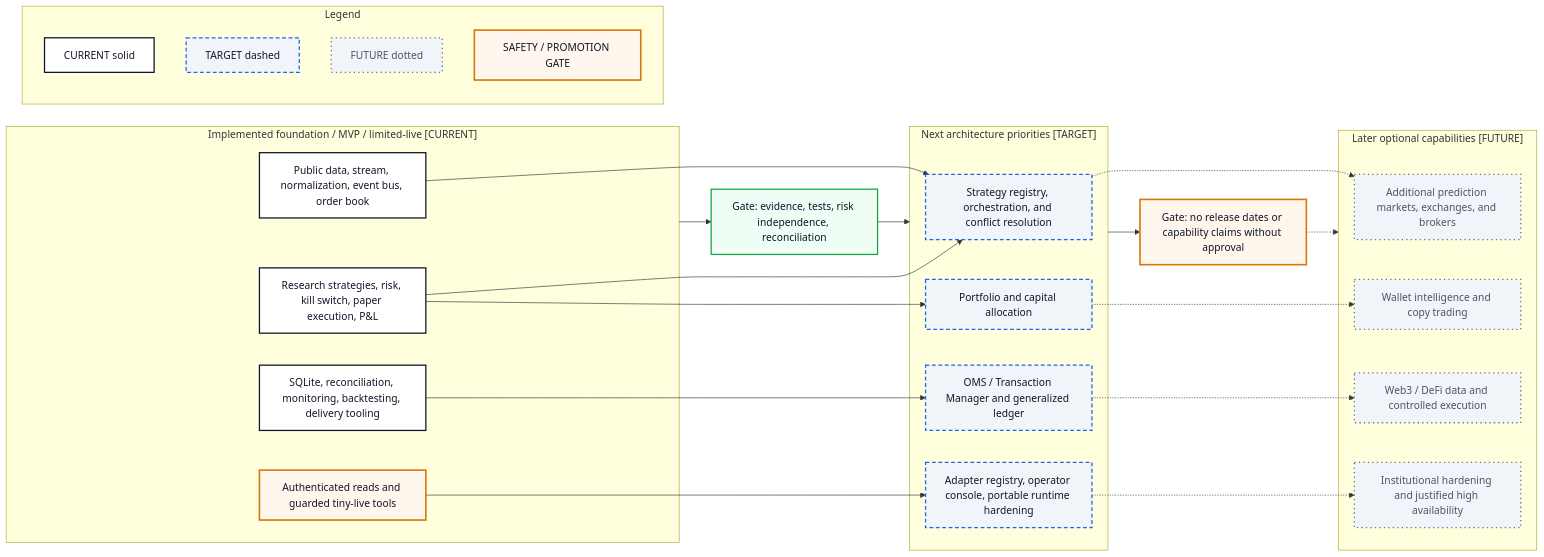
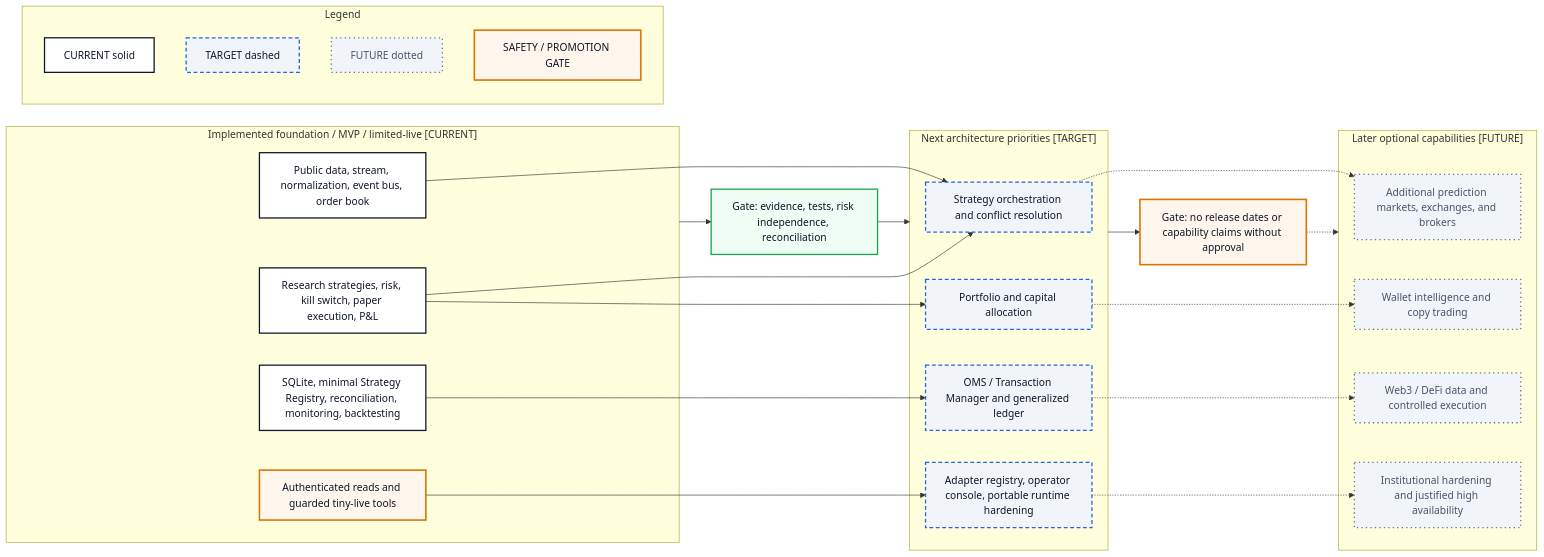
One commit to PolySia-Systems/Platform changed the diagram in docs/04-architecture/visual-system/views/18-capability-roadmap.md. Above: the diagram before and after it, drawn with Mermaid. The commit also changed other lines of this file and 21 other files, not shown here.

````diff
--- a/docs/04-architecture/visual-system/views/18-capability-roadmap.md
+++ b/docs/04-architecture/visual-system/views/18-capability-roadmap.md
@@ -14,53 +14,53 @@
 ```mermaid
 flowchart LR
   subgraph NOW["Implemented foundation / MVP / limited-live [CURRENT]"]
     N1["Public data, stream, normalization, event bus, order book"]:::current
     N2["Research strategies, risk, kill switch, paper execution, P&L"]:::current
-    N3["SQLite, reconciliation, monitoring, backtesting, delivery tooling"]:::current
+    N3["SQLite, minimal Strategy Registry, reconciliation, monitoring, backtesting"]:::current
     N4["Authenticated reads and guarded tiny-live tools"]:::risk
   end
 
   subgraph NEXT["Next architecture priorities [TARGET]"]
-    T1["Strategy registry, orchestration, and conflict resolution"]:::target
+    T1["Strategy orchestration and conflict resolution"]:::target
     T2["Portfolio and capital allocation"]:::target
     T3["OMS / Transaction Manager and generalized ledger"]:::target
     T4["Adapter registry, operator console, portable runtime hardening"]:::target
   end
 
   subgraph LATER["Later optional capabilities [FUTURE]"]
     F1["Additional prediction markets, exchanges, and brokers"]:::future
     F2["Wallet intelligence and copy trading"]:::future
     F3["Web3 / DeFi data and controlled execution"]:::future
     F4["Institutional hardening and justified high availability"]:::future
   end
 
   N1 --> T1
   N2 --> T1
   N2 --> T2
   N3 --> T3
   N4 --> T4
   T1 -.-> F1
   T2 -.-> F2
   T3 -.-> F3
   T4 -.-> F4
 
   Gate1["Gate: evidence, tests, risk independence, reconciliation"]:::safe
   Gate2["Gate: no release dates or capability claims without approval"]:::risk
   NOW --> Gate1
   Gate1 --> NEXT
   NEXT --> Gate2
   Gate2 -.-> LATER
 
   subgraph LEGEND["Legend"]
     L1["CURRENT solid"]:::current
     L2["TARGET dashed"]:::target
     L3["FUTURE dotted"]:::future
     L4["SAFETY / PROMOTION GATE"]:::risk
   end
 
   classDef current fill:#FFFFFF,stroke:#0F172A,stroke-width:2px,color:#0F172A;
   classDef target fill:#F1F5F9,stroke:#2563EB,stroke-width:2px,stroke-dasharray:6 4,color:#0F172A;
   classDef future fill:#F1F5F9,stroke:#64748B,stroke-width:2px,stroke-dasharray:2 5,color:#475569;
   classDef risk fill:#FFF7ED,stroke:#D97706,stroke-width:2.5px,color:#0F172A;
   classDef safe fill:#F0FDF4,stroke:#16A34A,stroke-width:2px,color:#0F172A;
 ```
````
